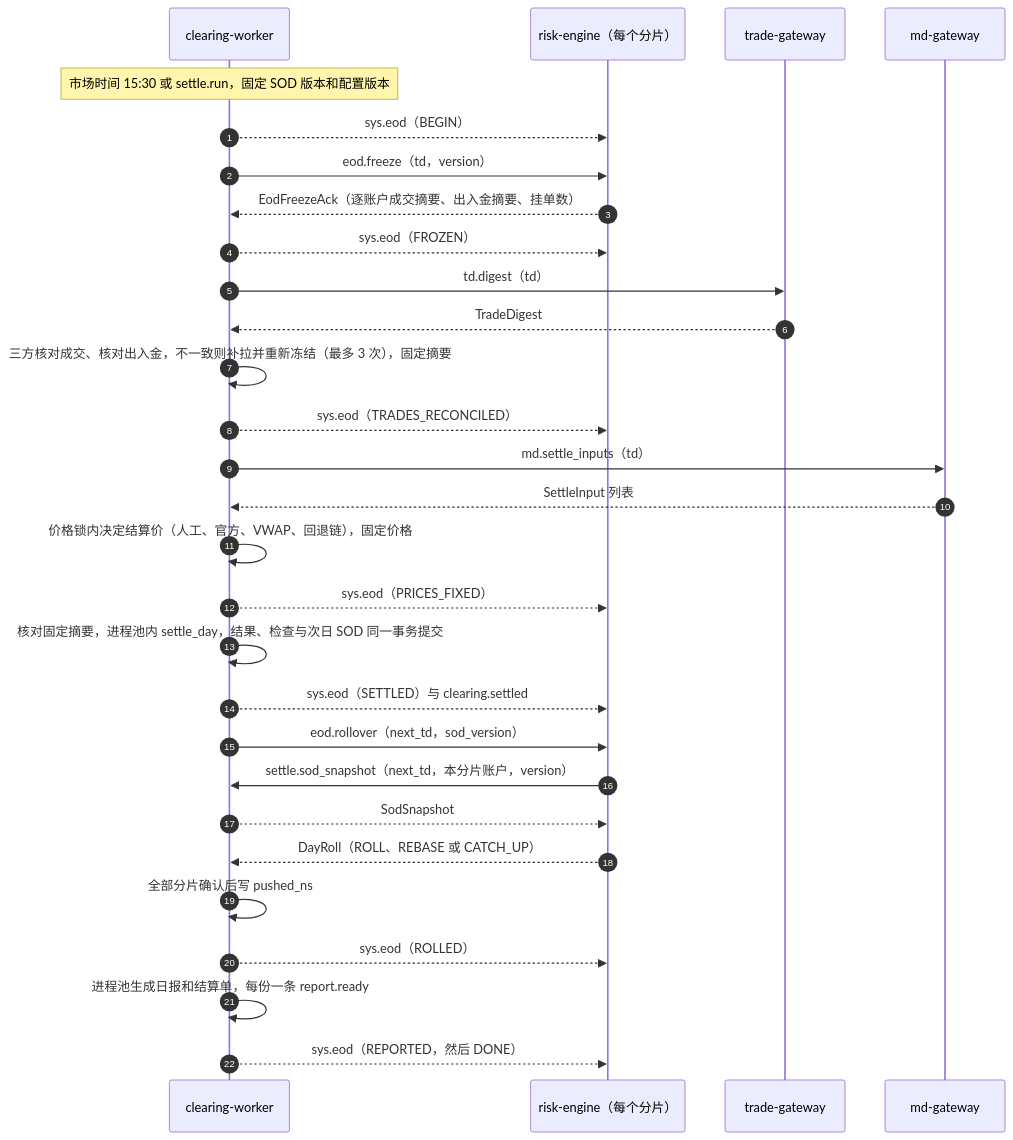
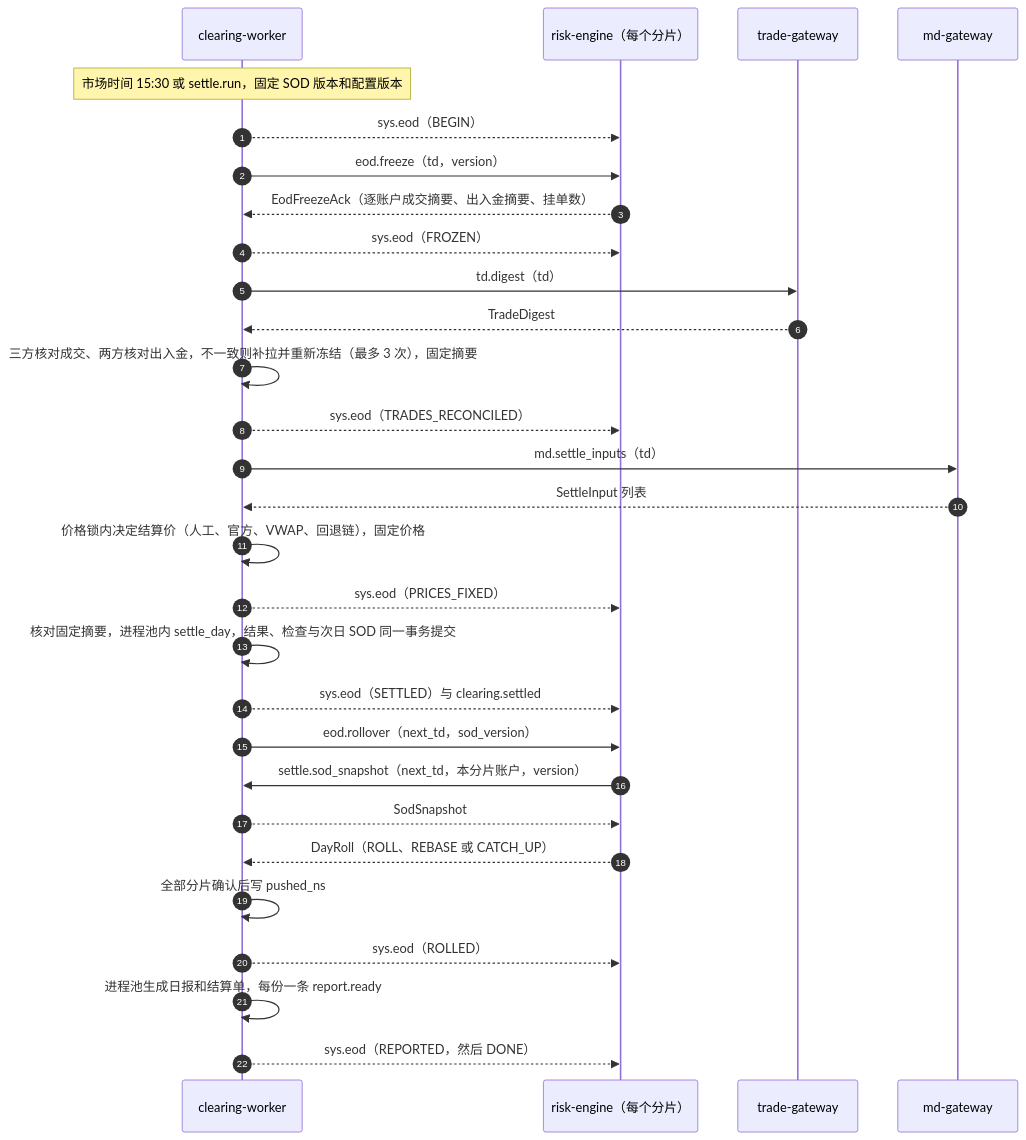
The diagram in docs/05-clearing.md (tom-xue-dev/futrisk), drawn with Mermaid before and after one commit. The commit also changed other lines of this file and 31 other files, not shown here.

First line of the commit message:
文档：按代码重建 docs 为 v1.0，全量验证并重拍截图

````diff
--- a/docs/05-clearing.md
+++ b/docs/05-clearing.md
@@ -567,31 +574,31 @@
 ```mermaid
 sequenceDiagram
     autonumber
     participant CW as clearing-worker
     participant RE as risk-engine（每个分片）
     participant TG as trade-gateway
     participant MD as md-gateway
     Note over CW: 市场时间 15:30 或 settle.run，固定 SOD 版本和配置版本
     CW-->>RE: sys.eod（BEGIN）
     CW->>RE: eod.freeze（td，version）
     RE-->>CW: EodFreezeAck（逐账户成交摘要、出入金摘要、挂单数）
     CW-->>RE: sys.eod（FROZEN）
     CW->>TG: td.digest（td）
     TG-->>CW: TradeDigest
-    CW->>CW: 三方核对成交、核对出入金，不一致则补拉并重新冻结（最多 3 次），固定摘要
+    CW->>CW: 三方核对成交、两方核对出入金，不一致则补拉并重新冻结（最多 3 次），固定摘要
     CW-->>RE: sys.eod（TRADES_RECONCILED）
     CW->>MD: md.settle_inputs（td）
     MD-->>CW: SettleInput 列表
     CW->>CW: 价格锁内决定结算价（人工、官方、VWAP、回退链），固定价格
     CW-->>RE: sys.eod（PRICES_FIXED）
     CW->>CW: 核对固定摘要，进程池内 settle_day，结果、检查与次日 SOD 同一事务提交
     CW-->>RE: sys.eod（SETTLED）与 clearing.settled
     CW->>RE: eod.rollover（next_td，sod_version）
     RE->>CW: settle.sod_snapshot（next_td，本分片账户，version）
     CW-->>RE: SodSnapshot
     RE-->>CW: DayRoll（ROLL、REBASE 或 CATCH_UP）
     CW->>CW: 全部分片确认后写 pushed_ns
     CW-->>RE: sys.eod（ROLLED）
     CW->>CW: 进程池生成日报和结算单，每份一条 report.ready
     CW-->>RE: sys.eod（REPORTED，然后 DONE）
 ```
````
